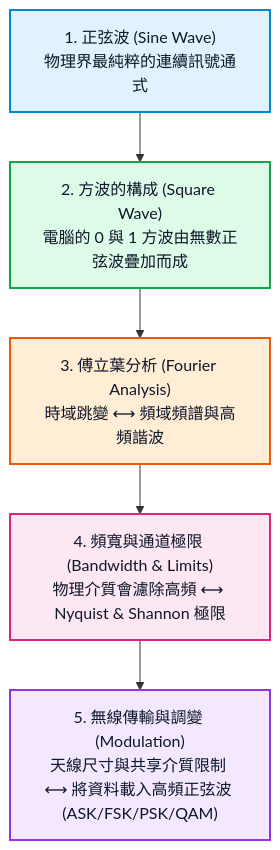
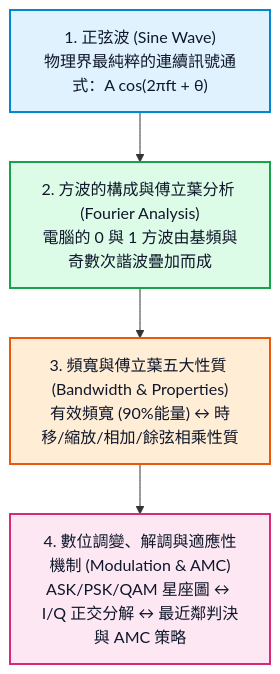
Before and after one commit to ralin3233/network-note: the first of 2 diagrams in docs/physical-layer/index.md, drawn with Mermaid. The commit also changed other lines of this file and 9 other files, not shown here.

````diff
--- a/docs/physical-layer/index.md
+++ b/docs/physical-layer/index.md
@@ -15,13 +15,11 @@
 ```mermaid
 graph TD
-    A["1. 正弦波 (Sine Wave)<br>物理界最純粹的連續訊號通式"] --> B["2. 方波的構成 (Square Wave)<br>電腦的 0 與 1 方波由無數正弦波疊加而成"]
-    B --> C["3. 傅立葉分析 (Fourier Analysis)<br>時域跳變 ⟷ 頻域頻譜與高頻諧波"]
-    C --> D["4. 頻寬與通道極限 (Bandwidth & Limits)<br>物理介質會濾除高頻 ⟷ Nyquist & Shannon 極限"]
-    D --> E["5. 無線傳輸與調變 (Modulation)<br>天線尺寸與共享介質限制 ⟷ 將資料載入高頻正弦波 (ASK/FSK/PSK/QAM)"]
+    A["1. 正弦波 (Sine Wave)<br>物理界最純粹的連續訊號通式：A cos(2πft + θ)"] --> B["2. 方波的構成與傅立葉分析 (Fourier Analysis)<br>電腦的 0 與 1 方波由基頻與奇數次諧波疊加而成"]
+    B --> C["3. 頻寬與傅立葉五大性質 (Bandwidth & Properties)<br>有效頻寬 (90%能量) ↔ 時移/縮放/相加/餘弦相乘性質"]
+    C --> D["4. 數位調變、解調與適應性機制 (Modulation & AMC)<br>ASK/PSK/QAM 星座圖 ↔ I/Q 正交分解 ↔ 最近鄰判決與 AMC 策略"]
     
     style A fill:#e0f2fe,stroke:#0288d1,stroke-width:2px,color:#0f172a;
     style B fill:#dcfce7,stroke:#16a34a,stroke-width:2px,color:#0f172a;
     style C fill:#ffedd5,stroke:#ea580c,stroke-width:2px,color:#0f172a;
     style D fill:#fce7f3,stroke:#db2777,stroke-width:2px,color:#0f172a;
-    style E fill:#f3e8ff,stroke:#9333ea,stroke-width:2px,color:#0f172a;
 ```
````
